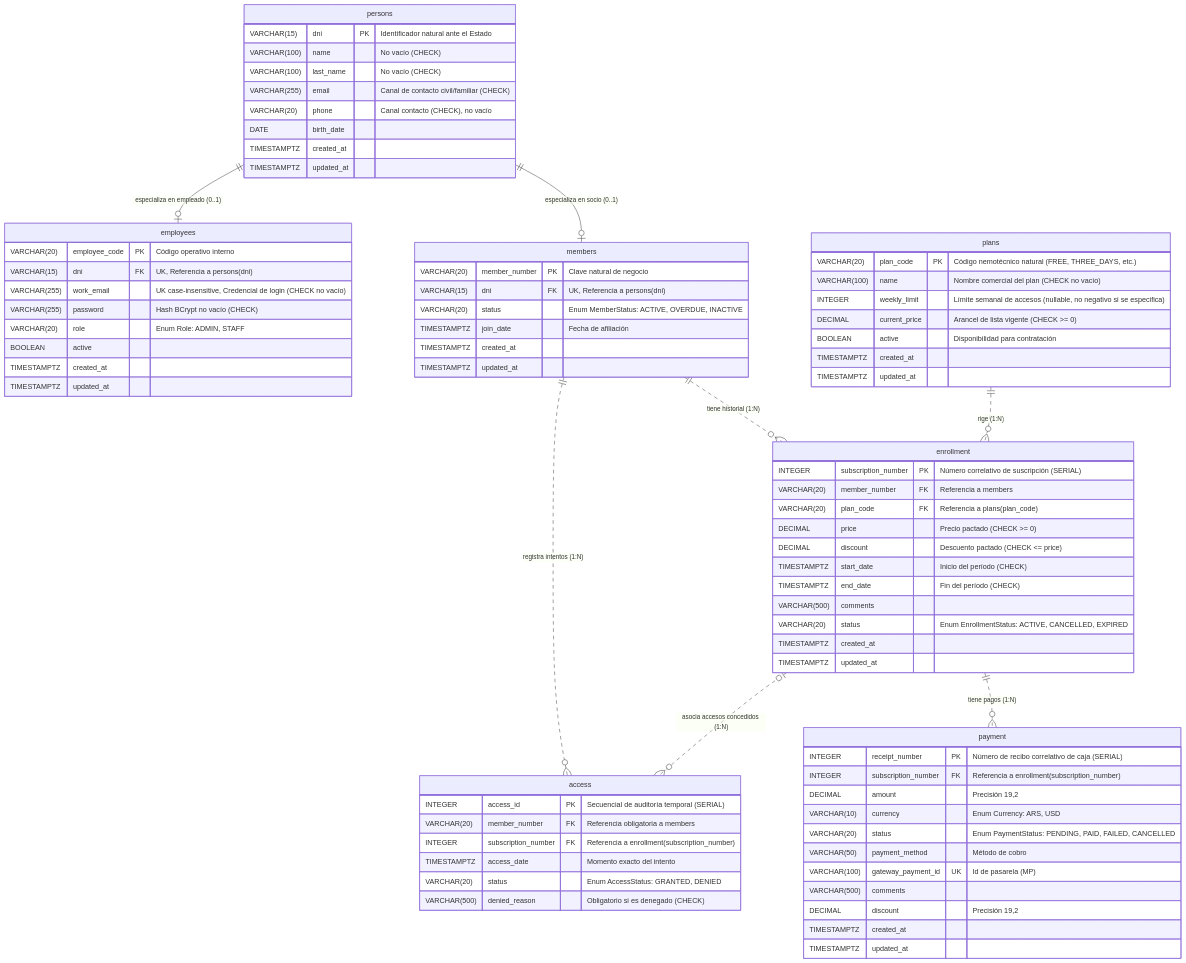
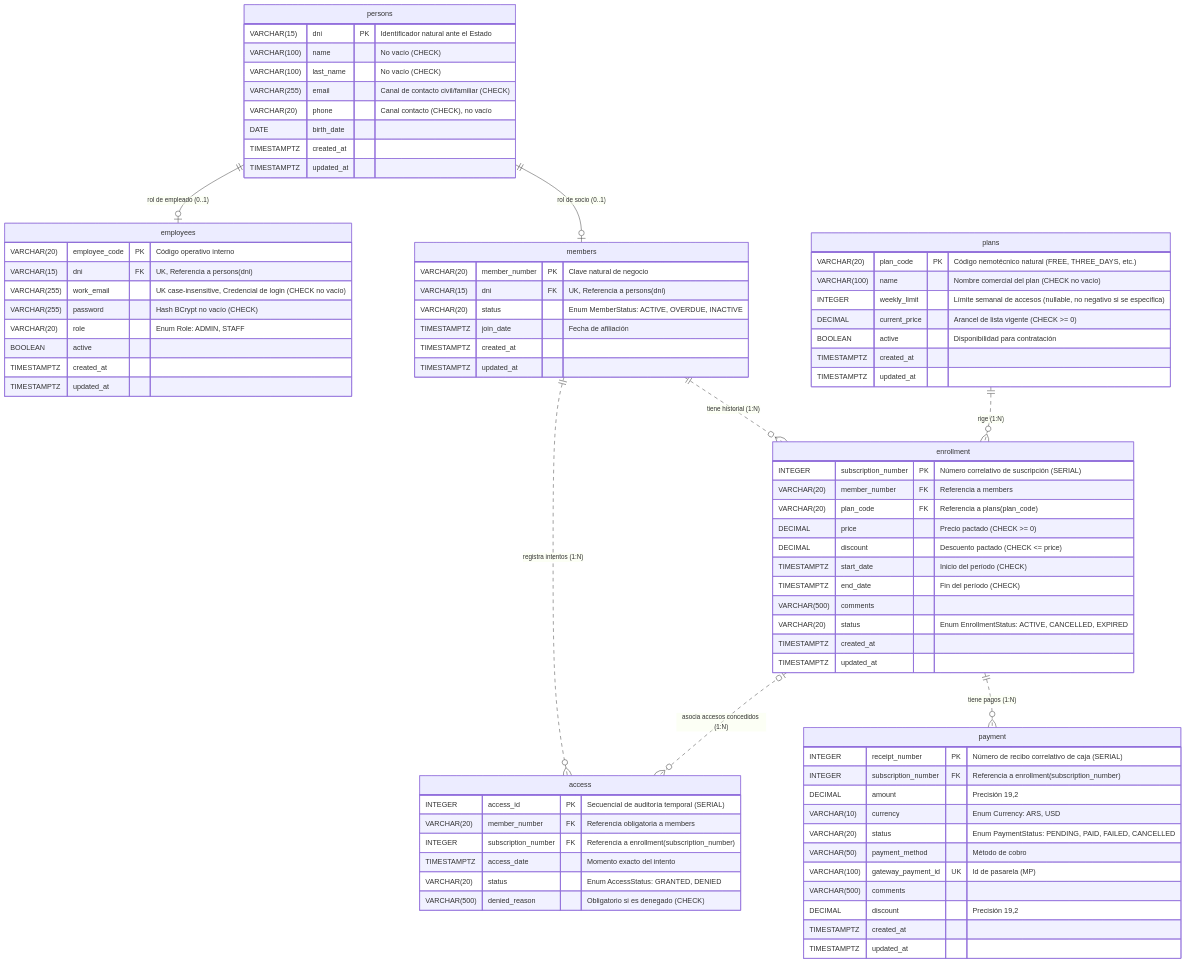
The second of 2 diagrams in docs/entidades.md (santiagovOK/TFI_grupo144), drawn with Mermaid before and after one commit. The commit also changed other lines of this file, not shown here.

````diff
--- a/docs/entidades.md
+++ b/docs/entidades.md
@@ -100,81 +99,81 @@
 ```mermaid
 erDiagram
     persons {
         VARCHAR(15) dni PK "Identificador natural ante el Estado"
         VARCHAR(100) name "No vacío (CHECK)"
         VARCHAR(100) last_name "No vacío (CHECK)"
         VARCHAR(255) email "Canal de contacto civil/familiar (CHECK)"
         VARCHAR(20) phone "Canal contacto (CHECK), no vacío"
         DATE birth_date
         TIMESTAMPTZ created_at
         TIMESTAMPTZ updated_at
     }
     members {
         VARCHAR(20) member_number PK "Clave natural de negocio"
         VARCHAR(15) dni FK "UK, Referencia a persons(dni)"
         VARCHAR(20) status "Enum MemberStatus: ACTIVE, OVERDUE, INACTIVE"
         TIMESTAMPTZ join_date "Fecha de afiliación"
         TIMESTAMPTZ created_at
         TIMESTAMPTZ updated_at
     }
     employees {
         VARCHAR(20) employee_code PK "Código operativo interno"
         VARCHAR(15) dni FK "UK, Referencia a persons(dni)"
         VARCHAR(255) work_email "UK case-insensitive, Credencial de login (CHECK no vacío)"
         VARCHAR(255) password "Hash BCrypt no vacío (CHECK)"
         VARCHAR(20) role "Enum Role: ADMIN, STAFF"
         BOOLEAN active
         TIMESTAMPTZ created_at
         TIMESTAMPTZ updated_at
     }
     plans {
         VARCHAR(20) plan_code PK "Código nemotécnico natural (FREE, THREE_DAYS, etc.)"
         VARCHAR(100) name "Nombre comercial del plan (CHECK no vacío)"
         INTEGER weekly_limit "Límite semanal de accesos (nullable, no negativo si se especifica)"
         DECIMAL current_price "Arancel de lista vigente (CHECK >= 0)"
         BOOLEAN active "Disponibilidad para contratación"
         TIMESTAMPTZ created_at
         TIMESTAMPTZ updated_at
     }
     enrollment {
         INTEGER subscription_number PK "Número correlativo de suscripción (SERIAL)"
         VARCHAR(20) member_number FK "Referencia a members"
         VARCHAR(20) plan_code FK "Referencia a plans(plan_code)"
         DECIMAL price "Precio pactado (CHECK >= 0)"
         DECIMAL discount "Descuento pactado (CHECK <= price)"
         TIMESTAMPTZ start_date "Inicio del período (CHECK)"
         TIMESTAMPTZ end_date "Fin del período (CHECK)"
         VARCHAR(500) comments
         VARCHAR(20) status "Enum EnrollmentStatus: ACTIVE, CANCELLED, EXPIRED"
         TIMESTAMPTZ created_at
         TIMESTAMPTZ updated_at
     }
     payment {
         INTEGER receipt_number PK "Número de recibo correlativo de caja (SERIAL)"
         INTEGER subscription_number FK "Referencia a enrollment(subscription_number)"
         DECIMAL amount "Precisión 19,2"
         VARCHAR(10) currency "Enum Currency: ARS, USD"
         VARCHAR(20) status "Enum PaymentStatus: PENDING, PAID, FAILED, CANCELLED"
         VARCHAR(50) payment_method "Método de cobro"
         VARCHAR(100) gateway_payment_id UK "Id de pasarela (MP)"
         VARCHAR(500) comments
         DECIMAL discount "Precisión 19,2"
         TIMESTAMPTZ created_at
         TIMESTAMPTZ updated_at
     }
     access {
         INTEGER access_id PK "Secuencial de auditoría temporal (SERIAL)"
         VARCHAR(20) member_number FK "Referencia obligatoria a members"
         INTEGER subscription_number FK "Referencia a enrollment(subscription_number)"
         TIMESTAMPTZ access_date "Momento exacto del intento"
         VARCHAR(20) status "Enum AccessStatus: GRANTED, DENIED"
         VARCHAR(500) denied_reason "Obligatorio si es denegado (CHECK)"
     }
-    persons ||--|o members : "especializa en socio (0..1)"
-    persons ||--|o employees : "especializa en empleado (0..1)"
+    persons ||--|o members : "rol de socio (0..1)"
+    persons ||--|o employees : "rol de empleado (0..1)"
     plans ||..o{ enrollment : "rige (1:N)"
     members ||..o{ enrollment : "tiene historial (1:N)"
     members ||..o{ access : "registra intentos (1:N)"
     enrollment ||..o{ payment : "tiene pagos (1:N)"
     enrollment |o..o{ access : "asocia accesos concedidos (1:N)"
 ```
````
